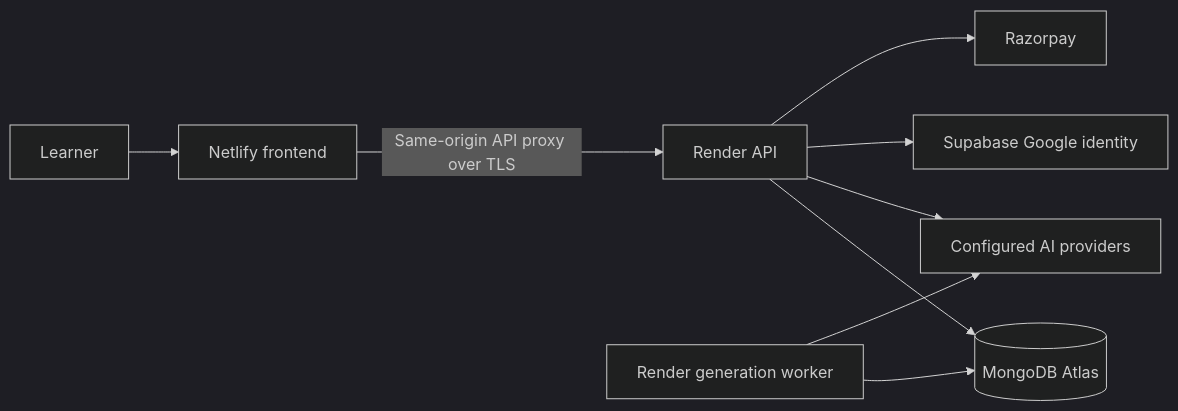
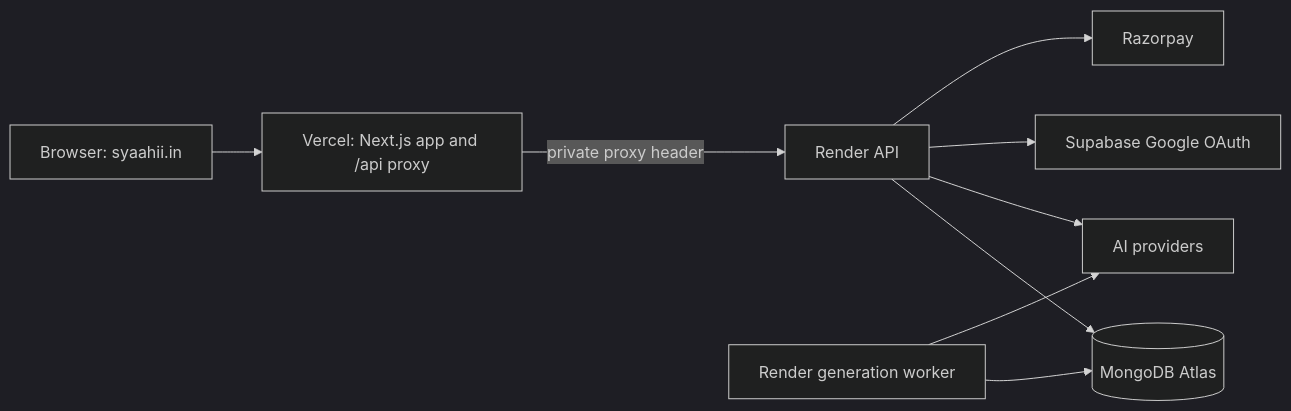
Before and after one commit to mrabhaygod12-alt/syaahi: the diagram in DEPLOY.md, drawn with Mermaid (dark theme). The commit also changed other lines of this file and 19 other files, not shown here.

Commit message:
Remove retired host and finish Vercel Render cutover

````diff
--- a/DEPLOY.md
+++ b/DEPLOY.md
@@ -36,11 +5,11 @@
 ```mermaid
 flowchart LR
-  U[Learner] --> N[Netlify frontend]
-  N -->|Same-origin API proxy over TLS| R[Render API]
+  U[Browser: syaahii.in] --> V[Vercel: Next.js app and /api proxy]
+  V -->|private proxy header| R[Render API]
   R --> M[(MongoDB Atlas)]
   W[Render generation worker] --> M
-  W --> A[Configured AI providers]
-  R --> A
-  R --> S[Supabase Google identity]
+  R --> AI[AI providers]
+  W --> AI
+  R --> S[Supabase Google OAuth]
   R --> P[Razorpay]
 ```
````
